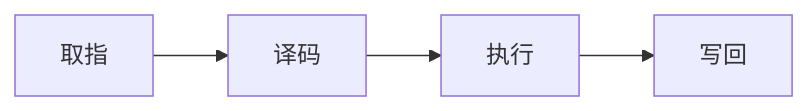
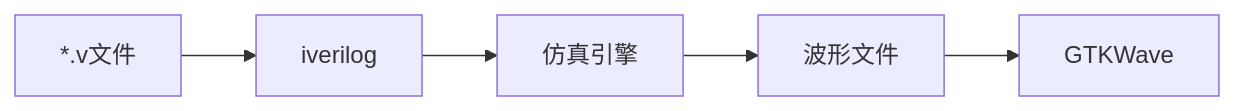
One commit to zhouxzh/FPGA-course changed the diagram in src/book/chapter2.md. Above: the diagram before and after it, drawn with Mermaid. The commit also changed other lines of this file and 211 other files, not shown here.

````diff
--- a/src/book/chapter2.md
+++ b/src/book/chapter2.md
@@ -60,6 +18,4 @@
-```mermaid
-graph LR
-    A[取指] --> B[译码]
-    B --> C[执行]
-    C --> D[写回]
+```mermaid architecture.mmd
+flowchart LR
+    Verilog[*.v文件] --> iverilog --> vvp[仿真引擎] --> VCD[波形文件] --> GTKWave
 ```
````
